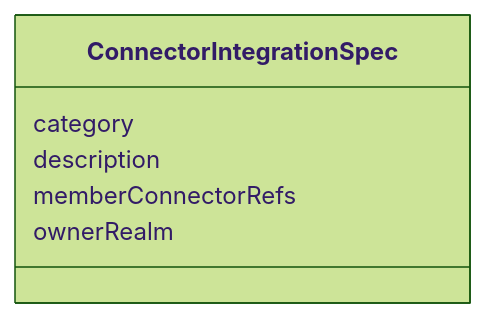
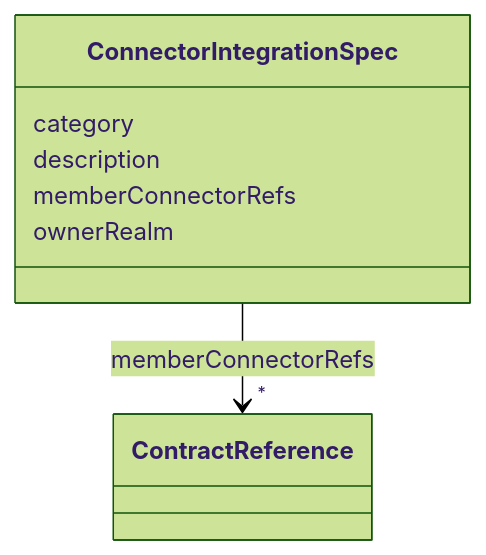
The diagram in metamodel/generated/docs/ConnectorIntegrationSpec.md (open4good/jumo-core), drawn with Mermaid (forest theme) before and after one commit. The commit also changed other lines of this file and 16 other files, not shown here.

First line of the commit message:
feat(metamodel): migrate ConnectorIntegrationSpec.memberConnectorRefs to ContractReference(ConnectorPackage)

````diff
--- a/metamodel/generated/docs/ConnectorIntegrationSpec.md
+++ b/metamodel/generated/docs/ConnectorIntegrationSpec.md
@@ -23,14 +23,23 @@
 ```mermaid
  classDiagram
     class ConnectorIntegrationSpec
     click ConnectorIntegrationSpec href "../ConnectorIntegrationSpec/"
       ConnectorIntegrationSpec : category
 
       ConnectorIntegrationSpec : description
 
       ConnectorIntegrationSpec : memberConnectorRefs
 
+
+
+
+
+        ConnectorIntegrationSpec --> "*" ContractReference : memberConnectorRefs
+        click ContractReference href "../ContractReference/"
+
+
+
       ConnectorIntegrationSpec : ownerRealm
 
 
 ```
````
